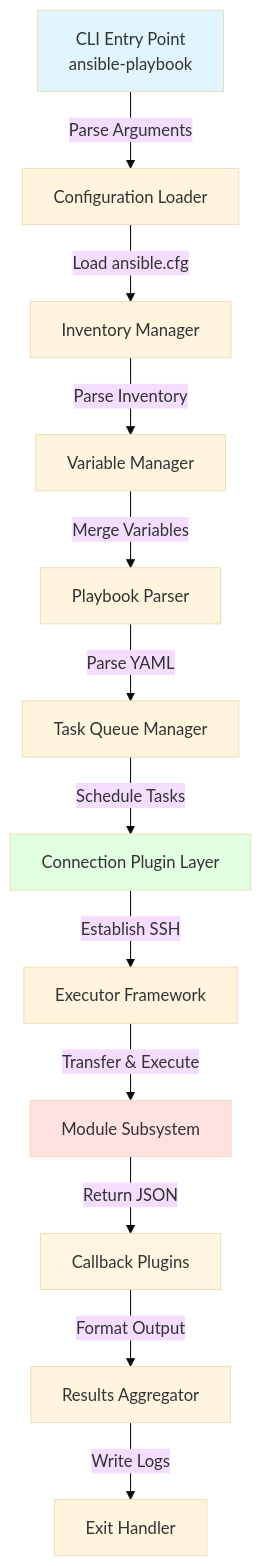
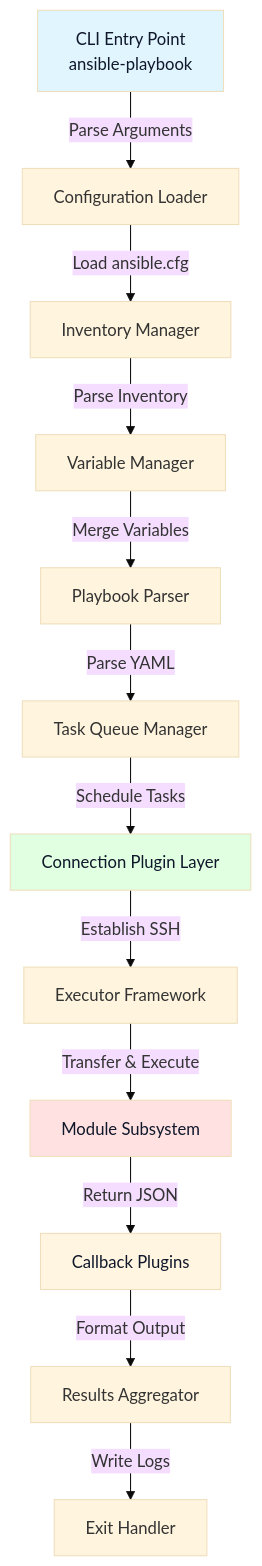
The first of 2 diagrams in topics/computing/infrastructure/ansible/lesson_01_foundations_and_invariants.md (blebleblee/synapse), drawn with Mermaid (base theme) before and after one commit. The commit also changed 1464 other files, not shown here.

Commit message:
feat(release): curriculum vector mermaid upgrade, render hardening, and master synpack

````diff
--- a/topics/computing/infrastructure/ansible/lesson_01_foundations_and_invariants.md
+++ b/topics/computing/infrastructure/ansible/lesson_01_foundations_and_invariants.md
@@ -198,19 +198,19 @@
 ```mermaid
 graph TB
     A["CLI Entry Point<br/>ansible-playbook"] -->|"Parse Arguments"| B[Configuration Loader]
     B -->|"Load ansible.cfg"| C[Inventory Manager]
     C -->|"Parse Inventory"| D[Variable Manager]
     D -->|"Merge Variables"| E[Playbook Parser]
     E -->|"Parse YAML"| F[Task Queue Manager]
     F -->|"Schedule Tasks"| G[Connection Plugin Layer]
     G -->|"Establish SSH"| H[Executor Framework]
     H -->|"Transfer & Execute"| I[Module Subsystem]
     I -->|"Return JSON"| J[Callback Plugins]
     J -->|"Format Output"| K[Results Aggregator]
     K -->|"Write Logs"| L[Exit Handler]
     
-    style A fill:#e1f5ff
-    style I fill:#ffe1e1
-    style G fill:#e1ffe1
-    style J fill:#fff5e1
+    style A fill:#e1f5ff,color:#0f172a
+    style I fill:#ffe1e1,color:#0f172a
+    style G fill:#e1ffe1,color:#0f172a
+    style J fill:#fff5e1,color:#0f172a
 ```
````
